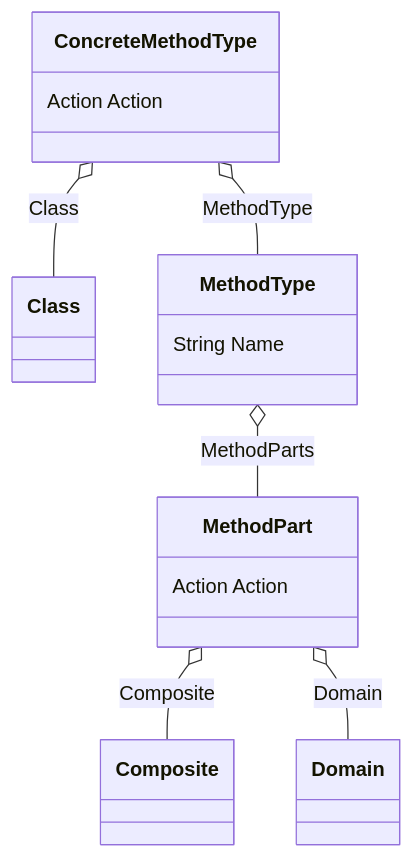
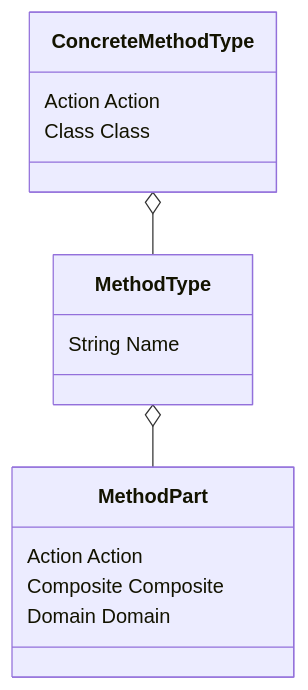
Before and after one commit to allors/core: the diagram in docs/meta-method.class.mermaid, drawn with Mermaid. The commit also changed 2 other files, not shown here.

```diff
--- a/docs/meta-method.class.mermaid
+++ b/docs/meta-method.class.mermaid
@@ -1,12 +1,12 @@
 classDiagram
     class ConcreteMethodType
     ConcreteMethodType : Action Action
-    ConcreteMethodType o-- Class : Class
-    ConcreteMethodType o-- MethodType : MethodType
+    ConcreteMethodType : Class Class
+    ConcreteMethodType o-- MethodType
     class MethodPart
     MethodPart : Action Action
-    MethodPart o-- Composite : Composite
-    MethodPart o-- Domain : Domain
+    MethodPart : Composite Composite
+    MethodPart : Domain Domain
     class MethodType
-    MethodType o-- MethodPart : MethodParts
+    MethodType o-- MethodPart
     MethodType : String Name
```
